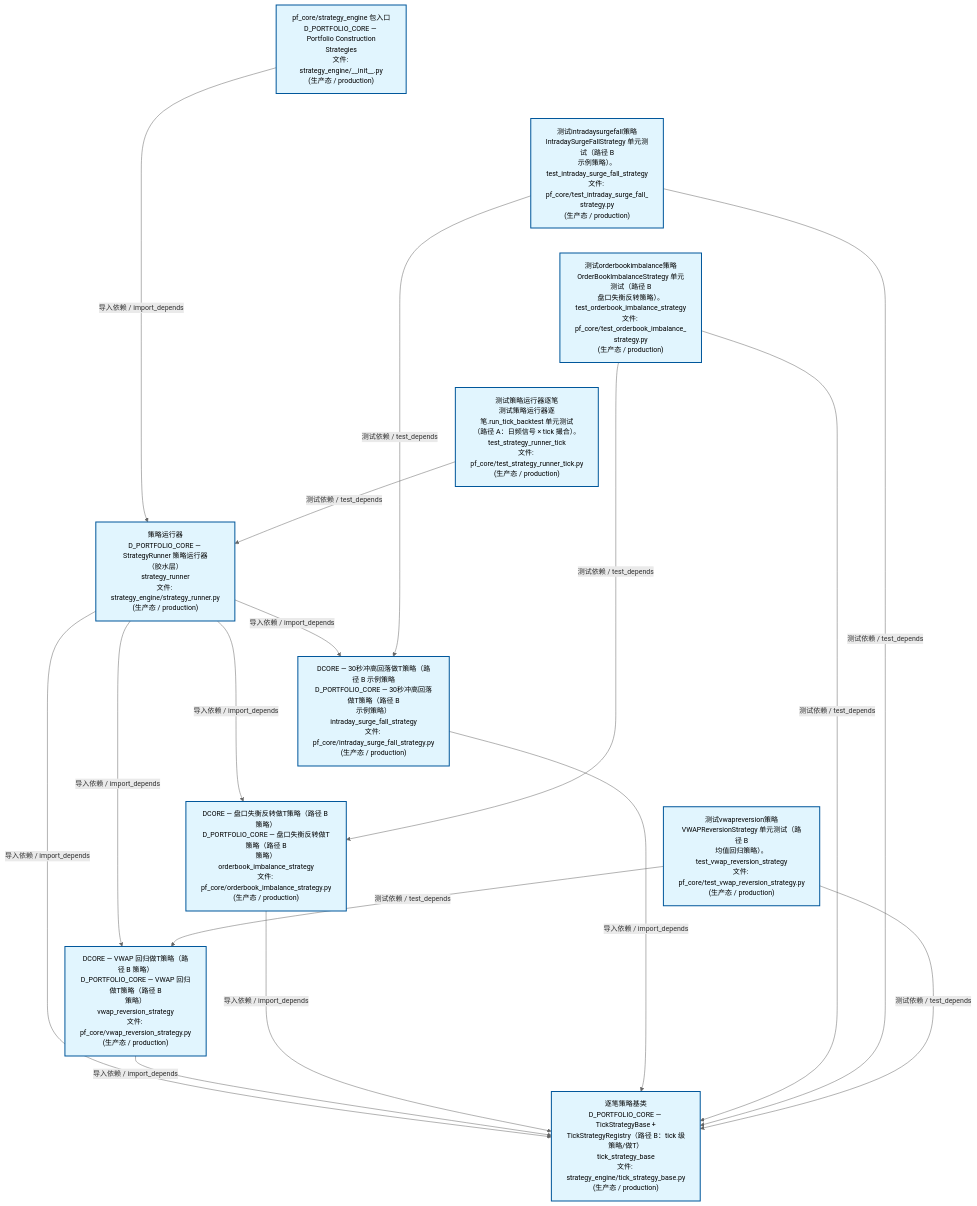
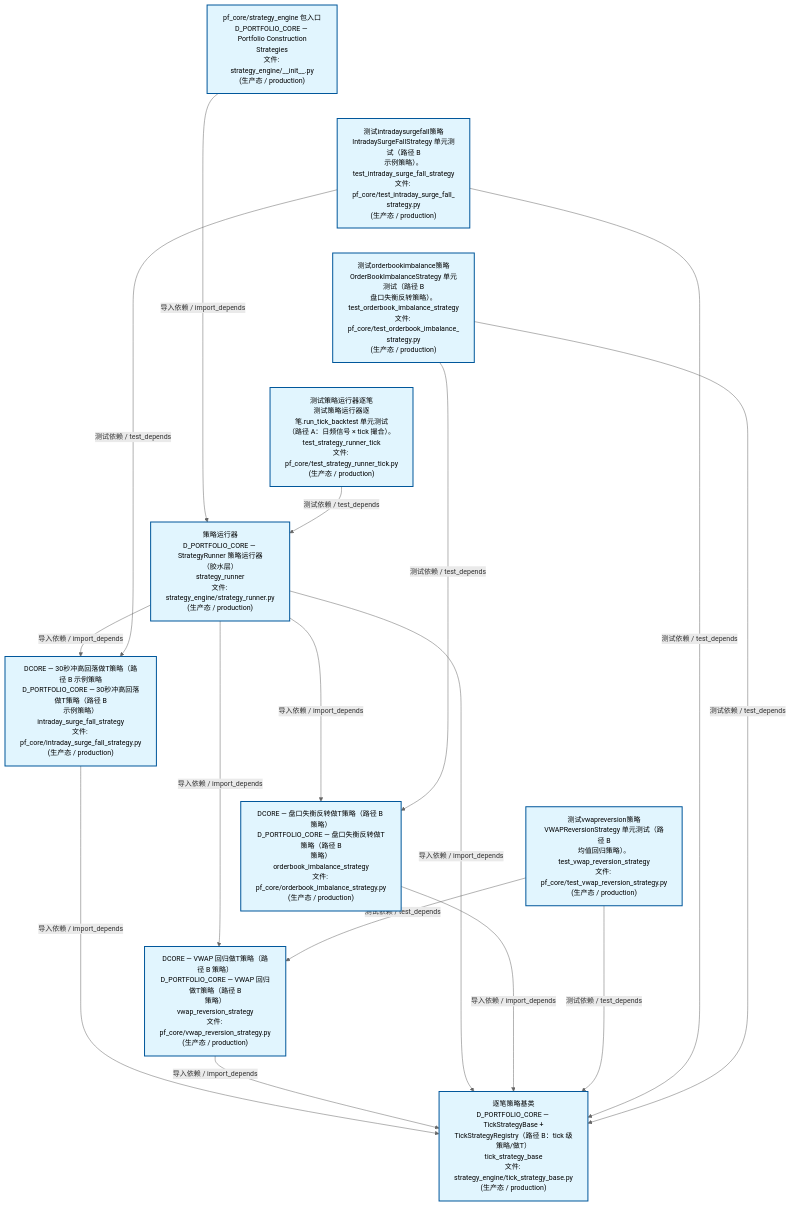
Before and after one commit to xuanFelixVan/ZephyrAlpha: the second of 4 diagrams in docs/02_enterprise_architecture/02_domain_architecture_docs/63_d_pf_core.md, drawn with Mermaid. The commit also changed other lines of this file and 42 other files, not shown here.

````diff
--- a/docs/02_enterprise_architecture/02_domain_architecture_docs/63_d_pf_core.md
+++ b/docs/02_enterprise_architecture/02_domain_architecture_docs/63_d_pf_core.md
@@ -136,40 +136,40 @@
 ```mermaid
 %%{init: {'theme': 'base', 'themeVariables': {'primaryColor': '#eaeaea', 'primaryTextColor': '#333333', 'primaryBorderColor': '#666666', 'lineColor': '#666666', 'secondaryColor': '#eaeaea', 'tertiaryColor': '#eaeaea', 'fontSize': '14px'}}}%%
 flowchart TD
     src_zephyr_pf_core_strategy_engine_init_py["pf_core/strategy_engine 包入口<br/>D_PORTFOLIO_CORE — Portfolio Construction<br/>Strategies<br/>文件: strategy_engine/__init__.py<br/>(生产态 / production)"]
     tests_pf_core_test_intraday_surge_fall_strategy_py["测试intradaysurgefall策略<br/>IntradaySurgeFallStrategy 单元测试（路径 B<br/>示例策略）。<br/>test_intraday_surge_fall_strategy<br/>文件: pf_core/test_intraday_surge_fall_<br/>strategy.py<br/>(生产态 / production)"]
     tests_pf_core_test_orderbook_imbalance_strategy_py["测试orderbookimbalance策略<br/>OrderBookImbalanceStrategy 单元测试（路径 B<br/>盘口失衡反转策略）。<br/>test_orderbook_imbalance_strategy<br/>文件: pf_core/test_orderbook_imbalance_<br/>strategy.py<br/>(生产态 / production)"]
     tests_pf_core_test_strategy_runner_tick_py["测试策略运行器逐笔<br/>测试策略运行器逐笔.run_tick_backtest 单元测试<br/>（路径 A：日频信号 × tick 撮合）。<br/>test_strategy_runner_tick<br/>文件: pf_core/test_strategy_runner_tick.py<br/>(生产态 / production)"]
     tests_pf_core_test_vwap_reversion_strategy_py["测试vwapreversion策略<br/>VWAPReversionStrategy 单元测试（路径 B<br/>均值回归策略）。<br/>test_vwap_reversion_strategy<br/>文件: pf_core/test_vwap_reversion_strategy.py<br/>(生产态 / production)"]
     src_zephyr_pf_core_strategy_engine_init_py ~~~ tests_pf_core_test_intraday_surge_fall_strategy_py
     tests_pf_core_test_intraday_surge_fall_strategy_py ~~~ tests_pf_core_test_orderbook_imbalance_strategy_py
     tests_pf_core_test_orderbook_imbalance_strategy_py ~~~ tests_pf_core_test_strategy_runner_tick_py
     tests_pf_core_test_strategy_runner_tick_py ~~~ tests_pf_core_test_vwap_reversion_strategy_py
     src_zephyr_pf_core_strategy_engine_strategy_runner_py["策略运行器<br/>D_PORTFOLIO_CORE — StrategyRunner 策略运行器<br/>（胶水层）<br/>strategy_runner<br/>文件: strategy_engine/strategy_runner.py<br/>(生产态 / production)"]
     src_zephyr_pf_core_intraday_surge_fall_strategy_py["DCORE — 30秒冲高回落做T策略（路径 B 示例策略<br/>D_PORTFOLIO_CORE — 30秒冲高回落做T策略（路径 B<br/>示例策略）<br/>intraday_surge_fall_strategy<br/>文件: pf_core/intraday_surge_fall_strategy.py<br/>(生产态 / production)"]
     src_zephyr_pf_core_orderbook_imbalance_strategy_py["DCORE — 盘口失衡反转做T策略（路径 B 策略）<br/>D_PORTFOLIO_CORE — 盘口失衡反转做T策略（路径 B<br/>策略）<br/>orderbook_imbalance_strategy<br/>文件: pf_core/orderbook_imbalance_strategy.py<br/>(生产态 / production)"]
     src_zephyr_pf_core_vwap_reversion_strategy_py["DCORE — VWAP 回归做T策略（路径 B 策略）<br/>D_PORTFOLIO_CORE — VWAP 回归做T策略（路径 B<br/>策略）<br/>vwap_reversion_strategy<br/>文件: pf_core/vwap_reversion_strategy.py<br/>(生产态 / production)"]
     src_zephyr_pf_core_intraday_surge_fall_strategy_py ~~~ src_zephyr_pf_core_orderbook_imbalance_strategy_py
     src_zephyr_pf_core_orderbook_imbalance_strategy_py ~~~ src_zephyr_pf_core_vwap_reversion_strategy_py
     src_zephyr_pf_core_strategy_engine_tick_strategy_base_py["逐笔策略基类<br/>D_PORTFOLIO_CORE — TickStrategyBase +<br/>TickStrategyRegistry（路径 B：tick 级策略/做T）<br/>tick_strategy_base<br/>文件: strategy_engine/tick_strategy_base.py<br/>(生产态 / production)"]
+    src_zephyr_pf_core_intraday_surge_fall_strategy_py -->|导入依赖 / import_depends| src_zephyr_pf_core_strategy_engine_tick_strategy_base_py
+    src_zephyr_pf_core_vwap_reversion_strategy_py -->|导入依赖 / import_depends| src_zephyr_pf_core_strategy_engine_tick_strategy_base_py
+    src_zephyr_pf_core_strategy_engine_strategy_runner_py -->|导入依赖 / import_depends| src_zephyr_pf_core_intraday_surge_fall_strategy_py
+    src_zephyr_pf_core_strategy_engine_strategy_runner_py -->|导入依赖 / import_depends| src_zephyr_pf_core_vwap_reversion_strategy_py
     src_zephyr_pf_core_strategy_engine_strategy_runner_py -->|导入依赖 / import_depends| src_zephyr_pf_core_strategy_engine_tick_strategy_base_py
-    src_zephyr_pf_core_strategy_engine_strategy_runner_py -->|导入依赖 / import_depends| src_zephyr_pf_core_vwap_reversion_strategy_py
     src_zephyr_pf_core_strategy_engine_strategy_runner_py -->|导入依赖 / import_depends| src_zephyr_pf_core_orderbook_imbalance_strategy_py
-    src_zephyr_pf_core_strategy_engine_strategy_runner_py -->|导入依赖 / import_depends| src_zephyr_pf_core_intraday_surge_fall_strategy_py
     src_zephyr_pf_core_strategy_engine_init_py -->|导入依赖 / import_depends| src_zephyr_pf_core_strategy_engine_strategy_runner_py
-    src_zephyr_pf_core_vwap_reversion_strategy_py -->|导入依赖 / import_depends| src_zephyr_pf_core_strategy_engine_tick_strategy_base_py
     src_zephyr_pf_core_orderbook_imbalance_strategy_py -->|导入依赖 / import_depends| src_zephyr_pf_core_strategy_engine_tick_strategy_base_py
-    src_zephyr_pf_core_intraday_surge_fall_strategy_py -->|导入依赖 / import_depends| src_zephyr_pf_core_strategy_engine_tick_strategy_base_py
+    tests_pf_core_test_vwap_reversion_strategy_py -->|测试依赖 / test_depends| src_zephyr_pf_core_vwap_reversion_strategy_py
+    tests_pf_core_test_vwap_reversion_strategy_py -->|测试依赖 / test_depends| src_zephyr_pf_core_strategy_engine_tick_strategy_base_py
+    tests_pf_core_test_intraday_surge_fall_strategy_py -->|测试依赖 / test_depends| src_zephyr_pf_core_intraday_surge_fall_strategy_py
+    tests_pf_core_test_intraday_surge_fall_strategy_py -->|测试依赖 / test_depends| src_zephyr_pf_core_strategy_engine_tick_strategy_base_py
+    tests_pf_core_test_strategy_runner_tick_py -->|测试依赖 / test_depends| src_zephyr_pf_core_strategy_engine_strategy_runner_py
     tests_pf_core_test_orderbook_imbalance_strategy_py -->|测试依赖 / test_depends| src_zephyr_pf_core_strategy_engine_tick_strategy_base_py
     tests_pf_core_test_orderbook_imbalance_strategy_py -->|测试依赖 / test_depends| src_zephyr_pf_core_orderbook_imbalance_strategy_py
-    tests_pf_core_test_strategy_runner_tick_py -->|测试依赖 / test_depends| src_zephyr_pf_core_strategy_engine_strategy_runner_py
-    tests_pf_core_test_intraday_surge_fall_strategy_py -->|测试依赖 / test_depends| src_zephyr_pf_core_strategy_engine_tick_strategy_base_py
-    tests_pf_core_test_intraday_surge_fall_strategy_py -->|测试依赖 / test_depends| src_zephyr_pf_core_intraday_surge_fall_strategy_py
-    tests_pf_core_test_vwap_reversion_strategy_py -->|测试依赖 / test_depends| src_zephyr_pf_core_strategy_engine_tick_strategy_base_py
-    tests_pf_core_test_vwap_reversion_strategy_py -->|测试依赖 / test_depends| src_zephyr_pf_core_vwap_reversion_strategy_py
     classDef production fill:#e1f5fe,stroke:#01579b,stroke-width:2px,color:#000
     classDef design fill:#fff3e0,stroke:#e65100,stroke-width:2px,color:#000,stroke-dasharray: 5 5
     classDef external_prod fill:#e8f4fd,stroke:#0277bd,stroke-width:1px,color:#000
     classDef external_design fill:#fff8e7,stroke:#ef6c00,stroke-width:1px,color:#000,stroke-dasharray: 5 5
     class src_zephyr_pf_core_intraday_surge_fall_strategy_py,src_zephyr_pf_core_orderbook_imbalance_strategy_py,src_zephyr_pf_core_strategy_engine_init_py,src_zephyr_pf_core_strategy_engine_strategy_runner_py,src_zephyr_pf_core_strategy_engine_tick_strategy_base_py,src_zephyr_pf_core_vwap_reversion_strategy_py,tests_pf_core_test_intraday_surge_fall_strategy_py,tests_pf_core_test_orderbook_imbalance_strategy_py,tests_pf_core_test_strategy_runner_tick_py,tests_pf_core_test_vwap_reversion_strategy_py production
 ```
````
